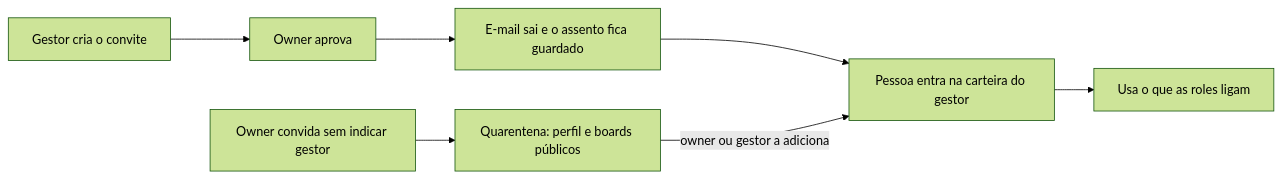
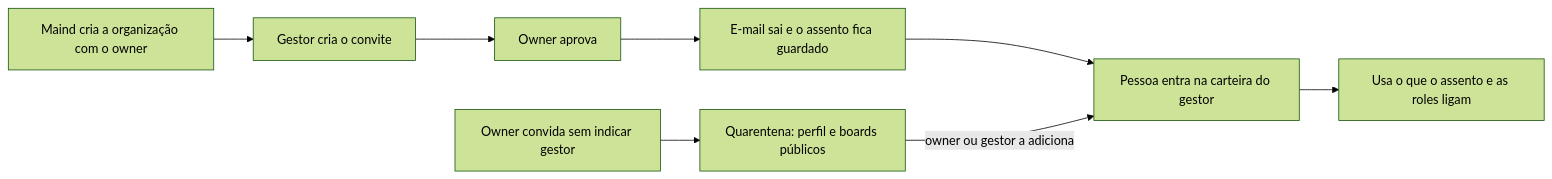
The diagram in docs/leitura/mfs/mf-102-organizacoes-pessoas-e-papeis.md (fabioabr/horus-v2-docs), drawn with Mermaid (forest theme) before and after one commit. The commit also changed other lines of this file and 25 other files, not shown here.

````diff
--- a/docs/leitura/mfs/mf-102-organizacoes-pessoas-e-papeis.md
+++ b/docs/leitura/mfs/mf-102-organizacoes-pessoas-e-papeis.md
@@ -95,9 +120,10 @@
 ```mermaid
 flowchart LR
-  a[Gestor cria o convite] --> b[Owner aprova]
+  z[Maind cria a organização com o owner] --> a[Gestor cria o convite]
+  a --> b[Owner aprova]
   b --> c[E-mail sai e o assento fica guardado]
   c --> d[Pessoa entra na carteira do gestor]
-  d --> e[Usa o que as roles ligam]
+  d --> e[Usa o que o assento e as roles ligam]
   f[Owner convida sem indicar gestor] --> g[Quarentena: perfil e boards públicos]
   g -->|owner ou gestor a adiciona| d
 ```
````
